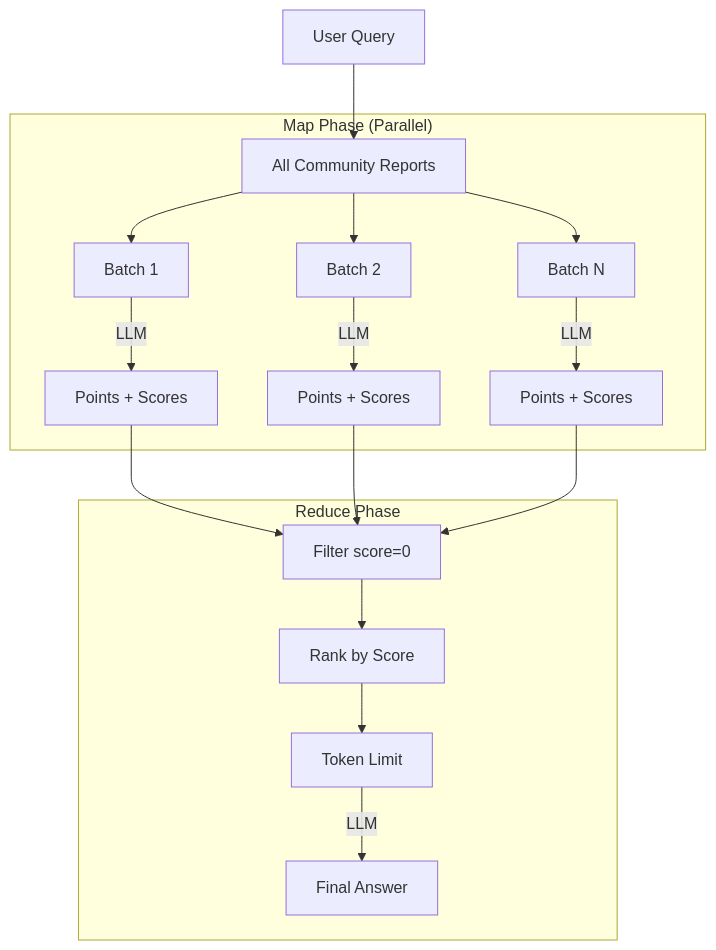
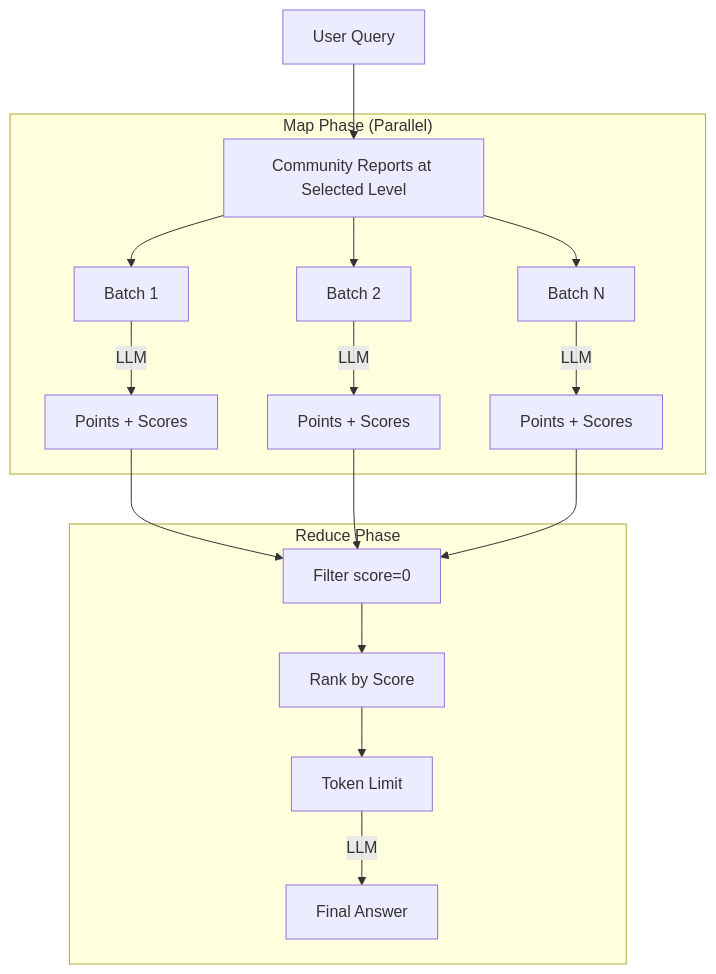
The sixth of 7 diagrams in memory-bank/graphrag/graphrag_reference_implementation.md (crlsrmrlsz/raglab), drawn with Mermaid before and after one commit. The commit also changed other lines of this file and 12 other files, not shown here.

````diff
--- a/memory-bank/graphrag/graphrag_reference_implementation.md
+++ b/memory-bank/graphrag/graphrag_reference_implementation.md
@@ -391,24 +404,24 @@
 ```mermaid
 flowchart TB
-    Q[User Query] --> COMM[All Community Reports]
+    Q[User Query] --> COMM[Community Reports at Selected Level]
 
     subgraph Map["Map Phase (Parallel)"]
         COMM --> B1[Batch 1]
         COMM --> B2[Batch 2]
         COMM --> BN[Batch N]
 
         B1 --> |LLM| R1[Points + Scores]
         B2 --> |LLM| R2[Points + Scores]
         BN --> |LLM| RN[Points + Scores]
     end
 
     subgraph Reduce["Reduce Phase"]
         R1 --> FILTER[Filter score=0]
         R2 --> FILTER
         RN --> FILTER
 
         FILTER --> RANK[Rank by Score]
         RANK --> TRUNC[Token Limit]
         TRUNC --> |LLM| FINAL[Final Answer]
     end
 ```
````
